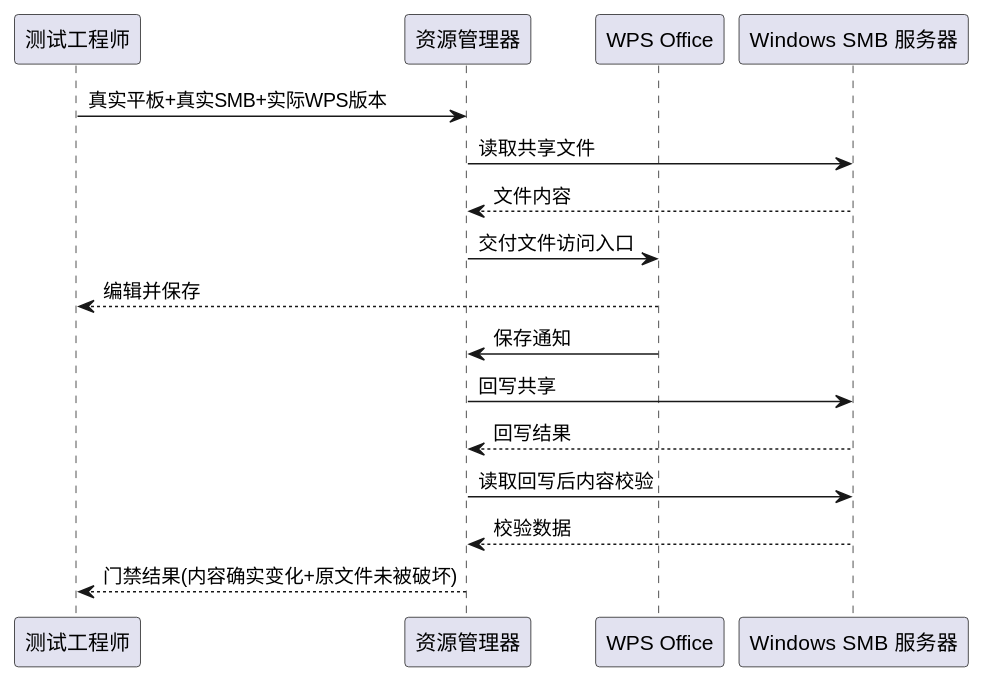
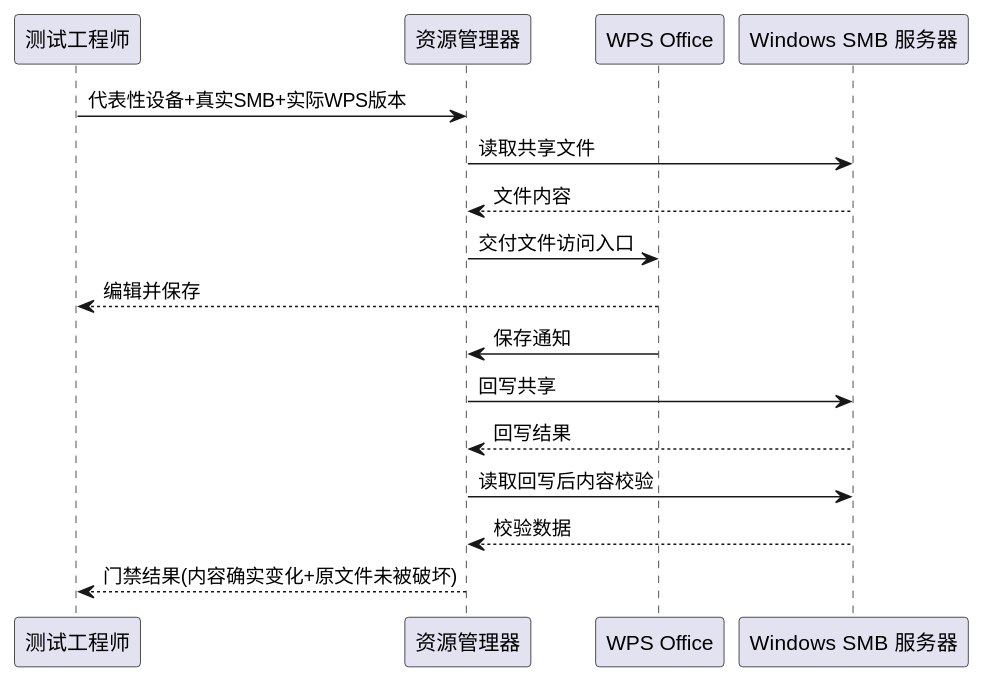
The seventh of 7 diagrams in docs/specs/spec.md (wujupeng/andriodpad2), drawn with PlantUML before and after one commit. The commit also changed other lines of this file and 2 other files, not shown here.

````diff
--- a/docs/specs/spec.md
+++ b/docs/specs/spec.md
@@ -557,20 +596,20 @@
 ```plantuml
 @startuml
 participant "测试工程师" as Tester
 participant "资源管理器" as App
 participant "WPS Office" as WPS
 participant "Windows SMB 服务器" as SMB
 
-Tester -> App : 真实平板+真实SMB+实际WPS版本
+Tester -> App : 代表性设备+真实SMB+实际WPS版本
 App -> SMB : 读取共享文件
 SMB --> App : 文件内容
 App -> WPS : 交付文件访问入口
 WPS --> Tester : 编辑并保存
 WPS -> App : 保存通知
 App -> SMB : 回写共享
 SMB --> App : 回写结果
 App -> SMB : 读取回写后内容校验
 SMB --> App : 校验数据
 App --> Tester : 门禁结果(内容确实变化+原文件未被破坏)
 @enduml
 ```
````
